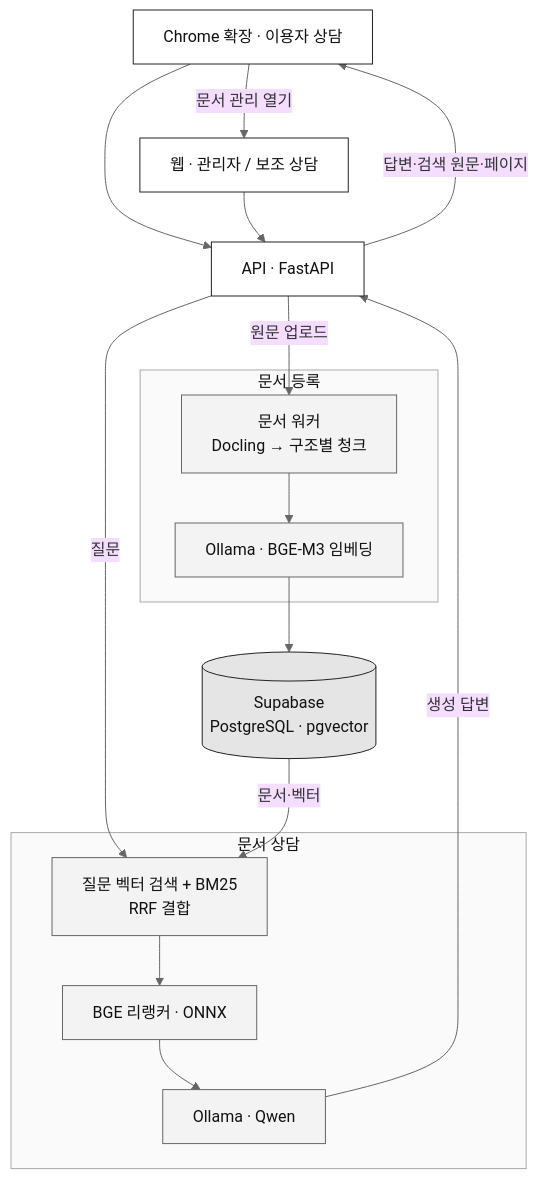
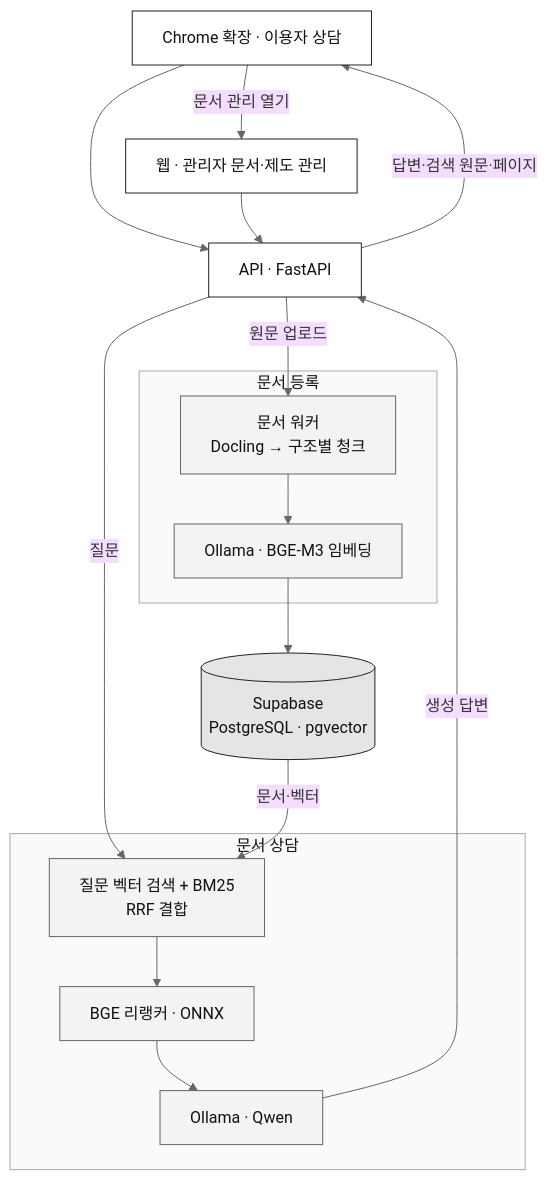
Before and after one commit to jehee826/welfare_helper: the diagram in README.md, drawn with Mermaid (base theme). The commit also changed other lines of this file and 33 other files, not shown here.

````diff
--- a/README.md
+++ b/README.md
@@ -53,28 +53,28 @@
 ```mermaid
 flowchart TB
     Extension["Chrome 확장 · 이용자 상담"] --> API["API · FastAPI"]
-    Extension -->|문서 관리 열기| Web["웹 · 관리자 / 보조 상담"]
+    Extension -->|문서 관리 열기| Web["웹 · 관리자 문서·제도 관리"]
     Web --> API
     subgraph Ingest["문서 등록"]
         Worker["문서 워커<br/>Docling → 구조별 청크"] --> Embed["Ollama · BGE-M3 임베딩"]
     end
     API -->|원문 업로드| Worker
     Embed --> DB[("Supabase<br/>PostgreSQL · pgvector")]
     subgraph QA["문서 상담"]
         Search["질문 벡터 검색 + BM25<br/>RRF 결합"] --> Rank["BGE 리랭커 · ONNX"]
         Rank --> LLM["Ollama · Qwen"]
     end
     API -->|질문| Search
     DB -->|문서·벡터| Search
     LLM -->|생성 답변| API
     API -->|답변·검색 원문·페이지| Extension
     classDef ui fill:#fff,stroke:#222,color:#111
     classDef process fill:#f3f3f3,stroke:#666,color:#111
     classDef store fill:#e5e5e5,stroke:#222,color:#111
     class Extension,Web,API ui
     class Worker,Embed,Search,Rank,LLM process
     class DB store
     style Ingest fill:#fafafa,stroke:#aaa,color:#111
     style QA fill:#fafafa,stroke:#aaa,color:#111
     linkStyle default stroke:#666
 ```
````
